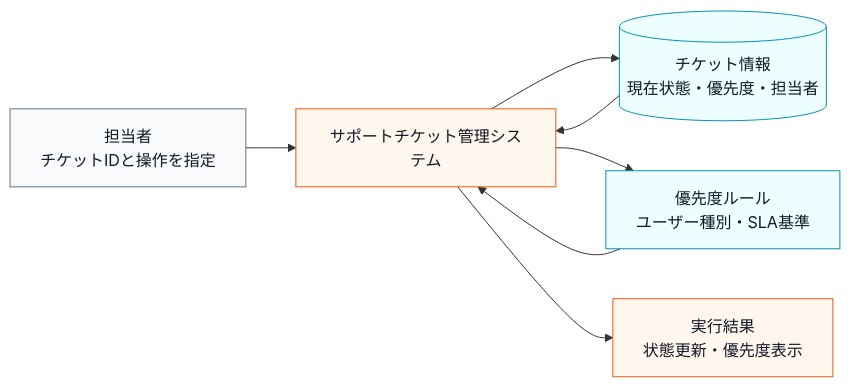
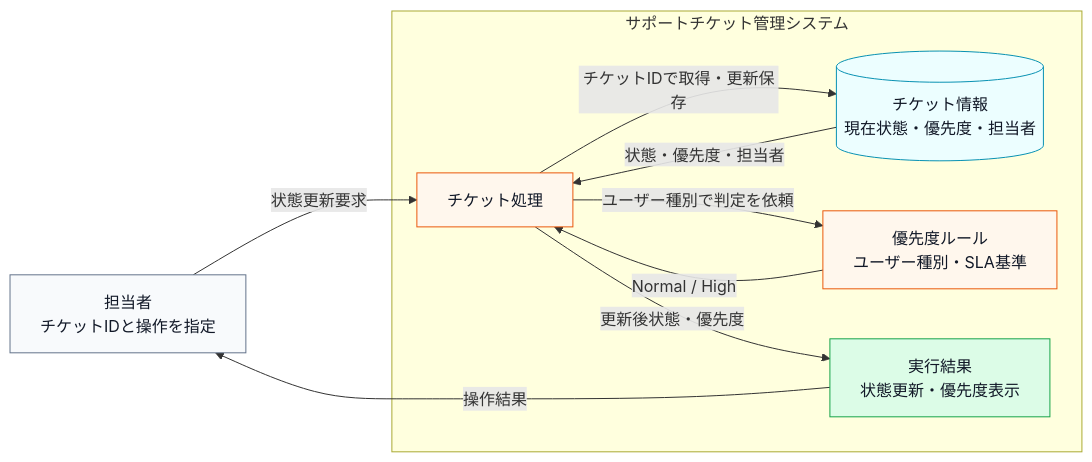
The first of 16 diagrams in kindle/design-patterns/output/chapter09_2.md (kumachan1101-pixel/DesignPattern), drawn with Mermaid before and after one commit. The commit also changed other lines of this file and 13 other files, not shown here.

````diff
--- a/kindle/design-patterns/output/chapter09_2.md
+++ b/kindle/design-patterns/output/chapter09_2.md
@@ -44,16 +46,27 @@
 ```mermaid
 flowchart LR
-    U["担当者<br>チケットIDと操作を指定"] --> S["サポートチケット管理システム"]
-    S --> T[("チケット情報<br>現在状態・優先度・担当者")]
-    S --> P["優先度ルール<br>ユーザー種別・SLA基準"]
-    T --> S
-    P --> S
-    S --> R["実行結果<br>状態更新・優先度表示"]
+    U["担当者<br>チケットIDと操作を指定"] -->|"状態更新要求"| S
+
+    subgraph SUPPORT["サポートチケット管理システム"]
+        S["チケット処理"]
+        T[("チケット情報<br>現在状態・優先度・担当者")]
+        P["優先度ルール<br>ユーザー種別・SLA基準"]
+        R["実行結果<br>状態更新・優先度表示"]
+        S -->|"チケットIDで取得・更新保存"| T
+        T -->|"状態・優先度・担当者"| S
+        S -->|"ユーザー種別で判定を依頼"| P
+        P -->|"Normal / High"| S
+        S -->|"更新後状態・優先度"| R
+    end
+
+    R -->|"操作結果"| U
 
     classDef actor fill:#f8fafc,stroke:#64748b,color:#111827;
     classDef data fill:#ecfeff,stroke:#0891b2,color:#111827;
     classDef process fill:#fff7ed,stroke:#ea580c,color:#111827;
+    classDef result fill:#dcfce7,stroke:#16a34a,color:#111827;
     class U actor;
-    class T,P data;
-    class S,R process;
+    class T data;
+    class S,P process;
+    class R result;
 ```
````
